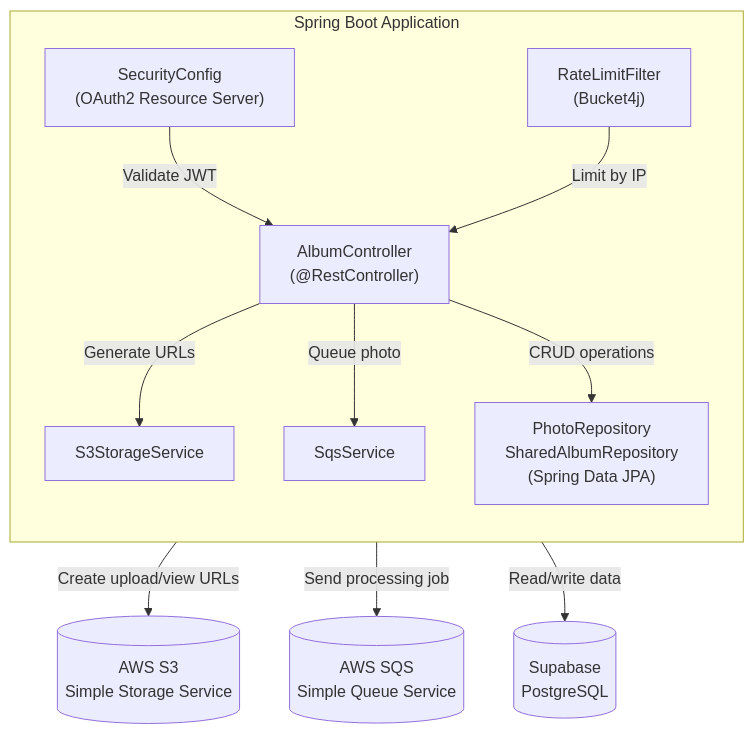
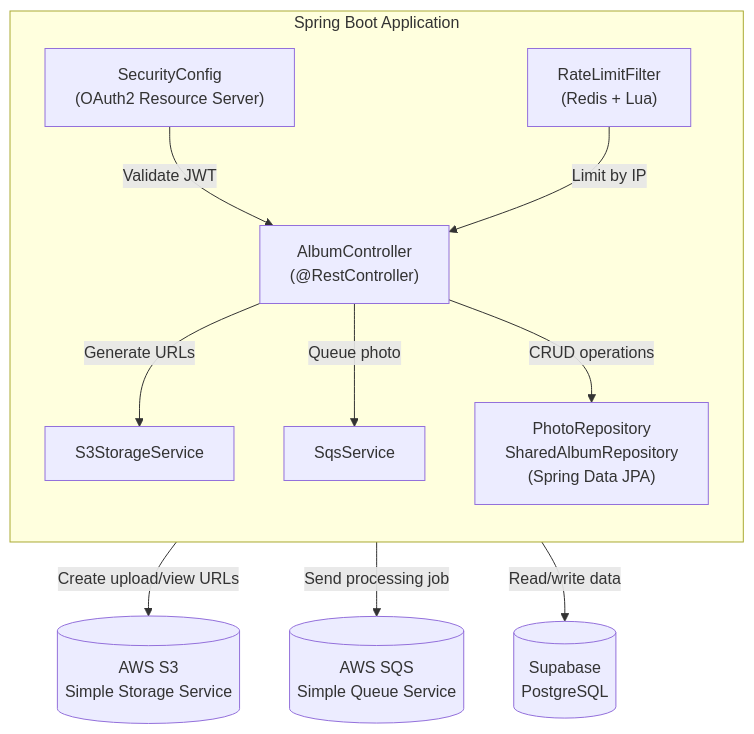
Before and after one commit to Shahir-47/grab-pic: the fifth of 14 diagrams in README.md, drawn with Mermaid. The commit also changed other lines of this file and 2 other files, not shown here.

````diff
--- a/README.md
+++ b/README.md
@@ -271,22 +294,22 @@
 ```mermaid
 flowchart TB
     subgraph "Spring Boot Application"
         direction TB
         Controller["AlbumController<br>(@RestController)"]
         Security["SecurityConfig<br>(OAuth2 Resource Server)"]
-        RateLimit["RateLimitFilter<br>(Bucket4j)"]
+        RateLimit["RateLimitFilter<br>(Redis + Lua)"]
         S3Service["S3StorageService"]
         SqsService["SqsService"]
         Repos["PhotoRepository<br>SharedAlbumRepository<br>(Spring Data JPA)"]
     end
 
     Controller -->|"Generate URLs"| S3Service
     Controller -->|"Queue photo"| SqsService
     Controller -->|"CRUD operations"| Repos
     Security -->|"Validate JWT"| Controller
     RateLimit -->|"Limit by IP"| Controller
 
     S3Service -->|"Create upload/view URLs"| S3[("AWS S3<br>Simple Storage Service")]
     SqsService -->|"Send processing job"| SQS[("AWS SQS<br>Simple Queue Service")]
     Repos -->|"Read/write data"| DB[(Supabase<br>PostgreSQL)]
 ```
````
